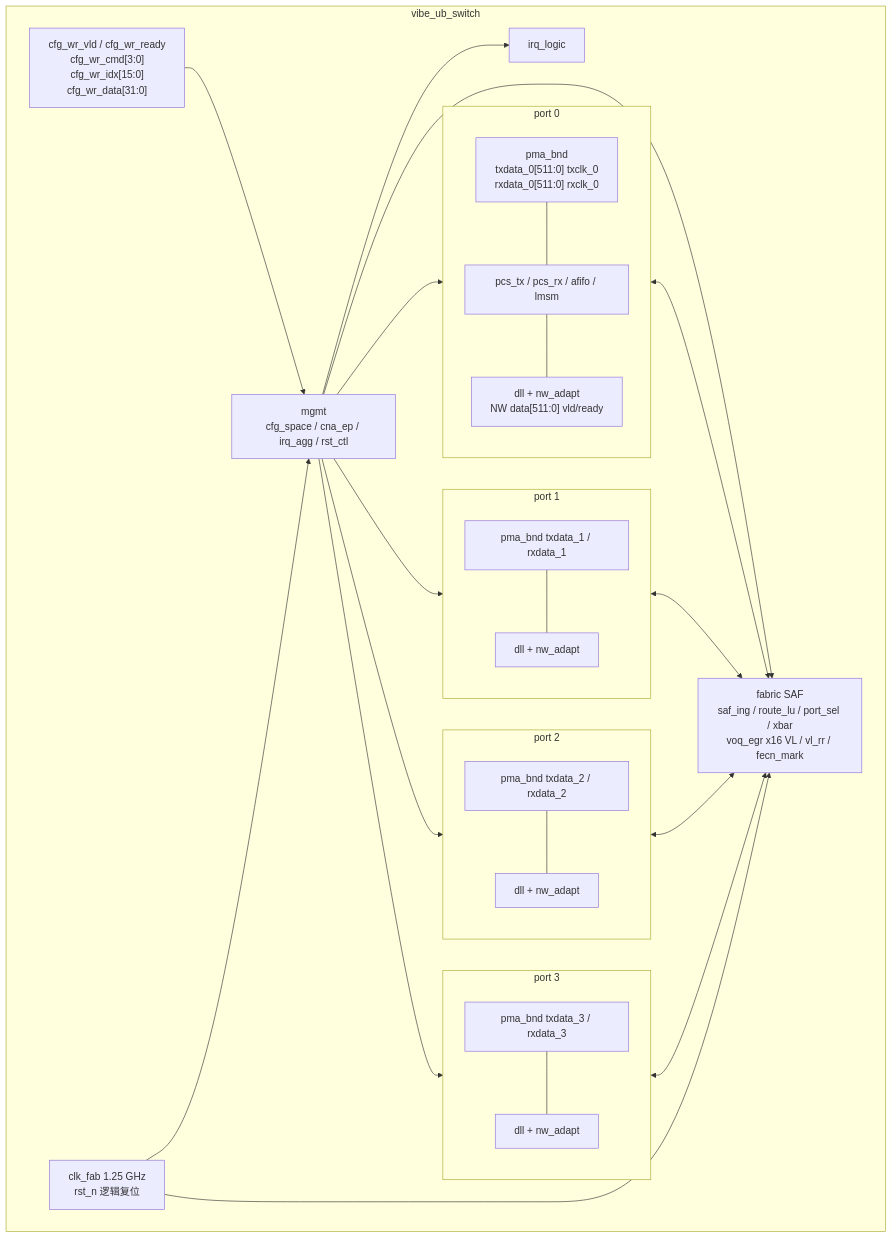
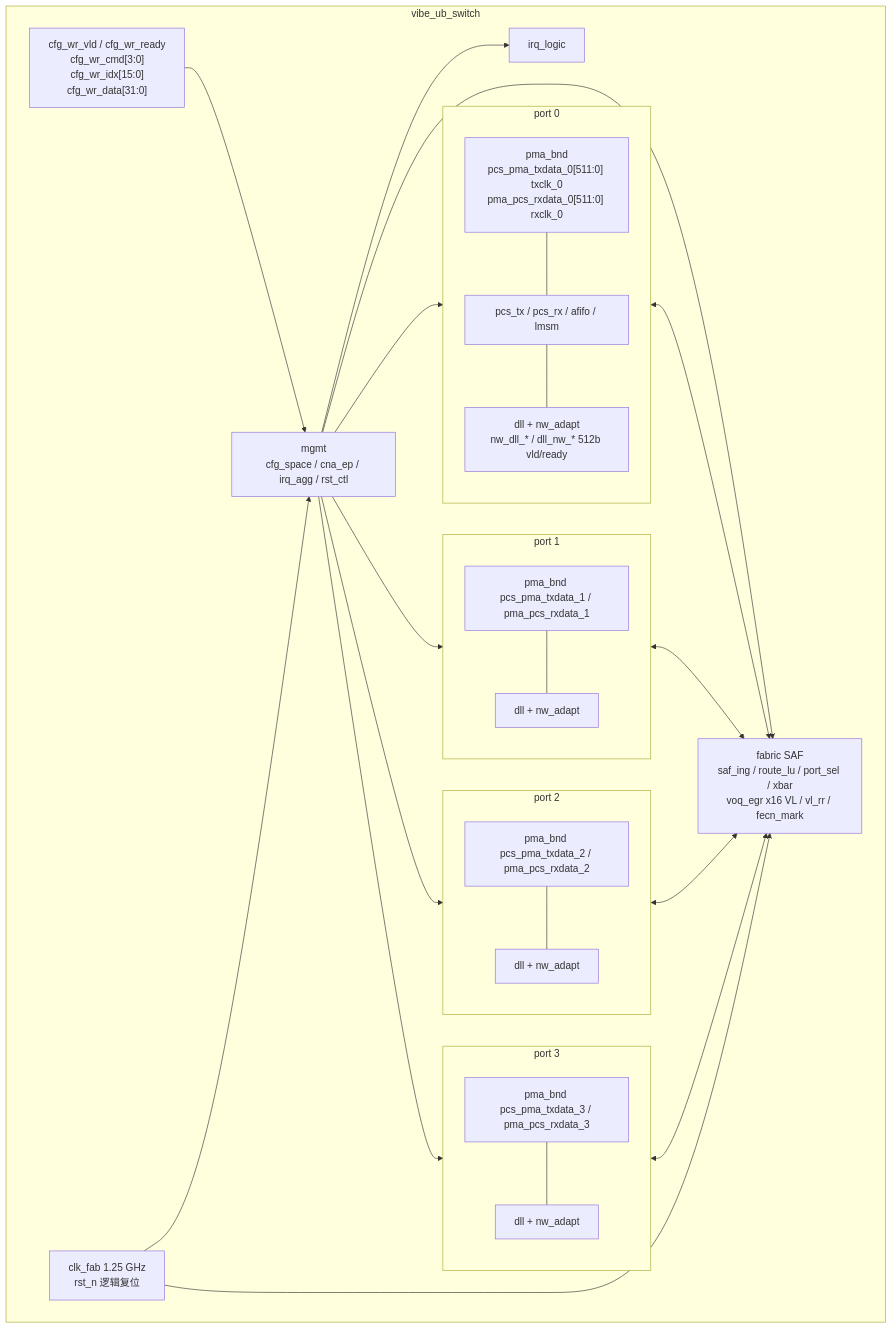
The first of 4 diagrams in docs/SPEC.md (lukebest/Vibe-UB-Switch), drawn with Mermaid before and after one commit. The commit also changed other lines of this file and 2 other files, not shown here.

````diff
--- a/docs/SPEC.md
+++ b/docs/SPEC.md
@@ -65,44 +107,44 @@
 ```mermaid
 flowchart TB
   subgraph TOP["vibe_ub_switch"]
     CLK["clk_fab 1.25 GHz<br/>rst_n 逻辑复位"]
     CFG["cfg_wr_vld / cfg_wr_ready<br/>cfg_wr_cmd[3:0]<br/>cfg_wr_idx[15:0]<br/>cfg_wr_data[31:0]"]
     IRQ["irq_logic"]
     MGMT["mgmt<br/>cfg_space / cna_ep / irq_agg / rst_ctl"]
     FAB["fabric SAF<br/>saf_ing / route_lu / port_sel / xbar<br/>voq_egr x16 VL / vl_rr / fecn_mark"]
     subgraph P0["port 0"]
-      PMA0["pma_bnd<br/>txdata_0[511:0] txclk_0<br/>rxdata_0[511:0] rxclk_0"]
+      PMA0["pma_bnd<br/>pcs_pma_txdata_0[511:0] txclk_0<br/>pma_pcs_rxdata_0[511:0] rxclk_0"]
       PCS0["pcs_tx / pcs_rx / afifo / lmsm"]
-      DLL0["dll + nw_adapt<br/>NW data[511:0] vld/ready"]
+      DLL0["dll + nw_adapt<br/>nw_dll_* / dll_nw_* 512b vld/ready"]
     end
     subgraph P1["port 1"]
-      PMA1["pma_bnd txdata_1 / rxdata_1"]
+      PMA1["pma_bnd pcs_pma_txdata_1 / pma_pcs_rxdata_1"]
       DLL1["dll + nw_adapt"]
     end
     subgraph P2["port 2"]
-      PMA2["pma_bnd txdata_2 / rxdata_2"]
+      PMA2["pma_bnd pcs_pma_txdata_2 / pma_pcs_rxdata_2"]
       DLL2["dll + nw_adapt"]
     end
     subgraph P3["port 3"]
-      PMA3["pma_bnd txdata_3 / rxdata_3"]
+      PMA3["pma_bnd pcs_pma_txdata_3 / pma_pcs_rxdata_3"]
       DLL3["dll + nw_adapt"]
     end
   end
   CFG --> MGMT
   CLK --> MGMT
   CLK --> FAB
   MGMT --> IRQ
   MGMT --> FAB
   MGMT --> P0
   MGMT --> P1
   MGMT --> P2
   MGMT --> P3
   P0 <--> FAB
   P1 <--> FAB
   P2 <--> FAB
   P3 <--> FAB
   PMA0 --- PCS0 --- DLL0
   PMA1 --- DLL1
   PMA2 --- DLL2
   PMA3 --- DLL3
 ```
````
